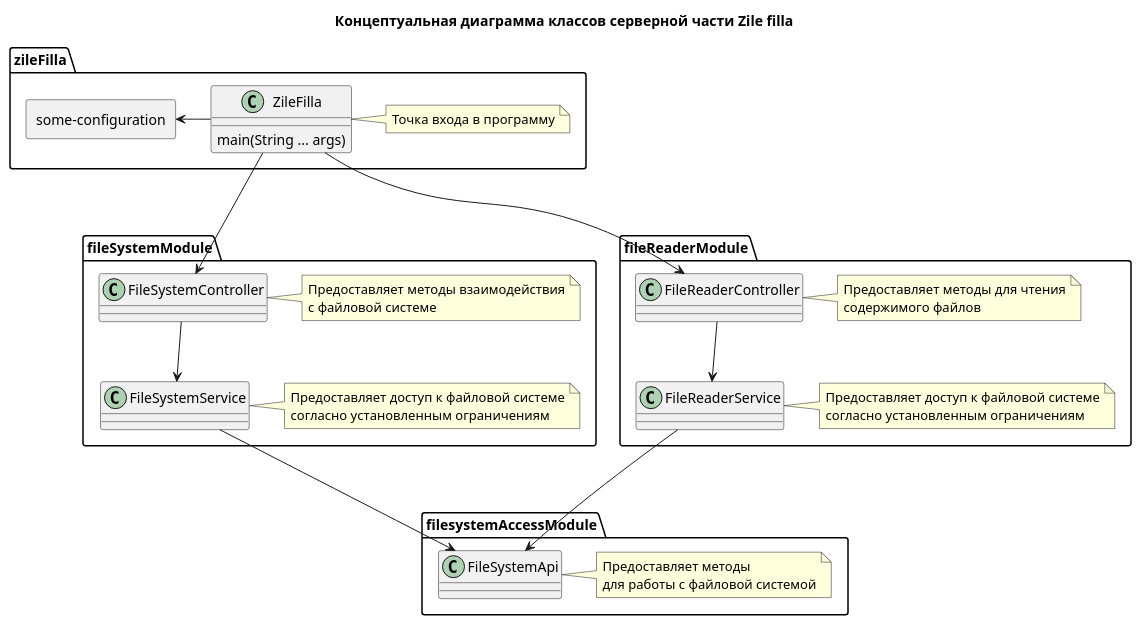
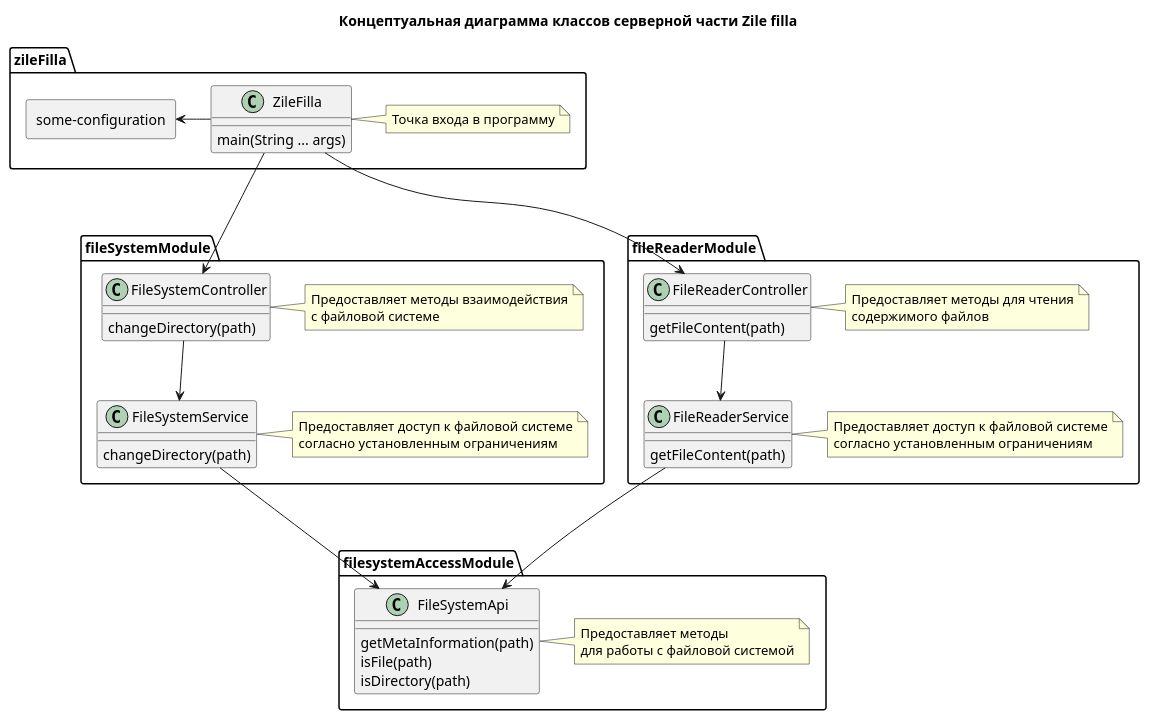
One commit to PavelPutin/Zile-filla changed the diagram in documentation/diagrams/server-class-diagram.pu. Above: the diagram before and after it, drawn with PlantUML.

Commit message:
doc: make classes methods draft

```diff
--- a/documentation/diagrams/server-class-diagram.pu
+++ b/documentation/diagrams/server-class-diagram.pu
@@ -1,45 +1,58 @@
 @startuml Server class diagram of Zile filla
 
 title
 Концептуальная диаграмма классов серверной части Zile filla
 end title
 
 package zileFilla {
     allowmixing
     class ZileFilla {
         main(String ... args)
     }
     note right of ZileFilla : Точка входа в программу
 
     rectangle "some-configuration" as Configs
 }
 
 package fileSystemModule {
-    class FileSystemController
+    class FileSystemController {
+        changeDirectory(path)
+    }
     note right of FileSystemController : Предоставляет методы взаимодействия\nс файловой системе
 
-    class FileSystemService
+    class FileSystemService {
+        changeDirectory(path)
+    }
     note right of FileSystemService: Предоставляет доступ к файловой системе\nсогласно установленным ограничениям
 }
 
 package fileReaderModule {
-    class FileReaderController
+    class FileReaderController {
+        getFileContent(path)
+    }
     note right of FileReaderController: Предоставляет методы для чтения\nсодержимого файлов
 
-    class FileReaderService
+    class FileReaderService {
+        getFileContent(path)
+    }
     note right of FileReaderService: Предоставляет доступ к файловой системе\nсогласно установленным ограничениям
 }
 
 package filesystemAccessModule {
-    class FileSystemApi
+    class FileSystemApi {
+        getMetaInformation(path)
+        isFile(path)
+        isDirectory(path)
+        
+    }
     note right of FileSystemApi: Предоставляет методы\nдля работы с файловой системой
 }
 
 ZileFilla ---> FileSystemController 
 ZileFilla ---> FileReaderController  
 ZileFilla -left-> Configs
 FileSystemController --> FileSystemService
 FileReaderController --> FileReaderService
 FileSystemService ---> FileSystemApi
 FileReaderService ---> FileSystemApi
 @enduml
```
